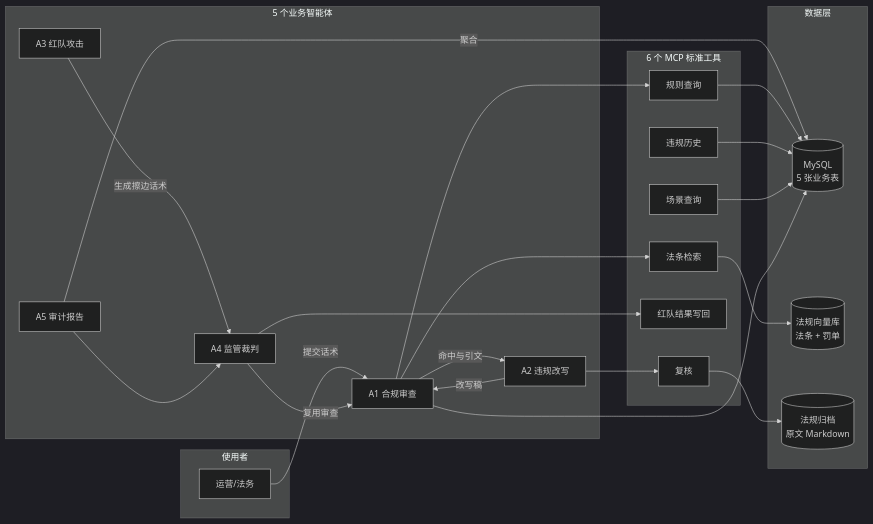
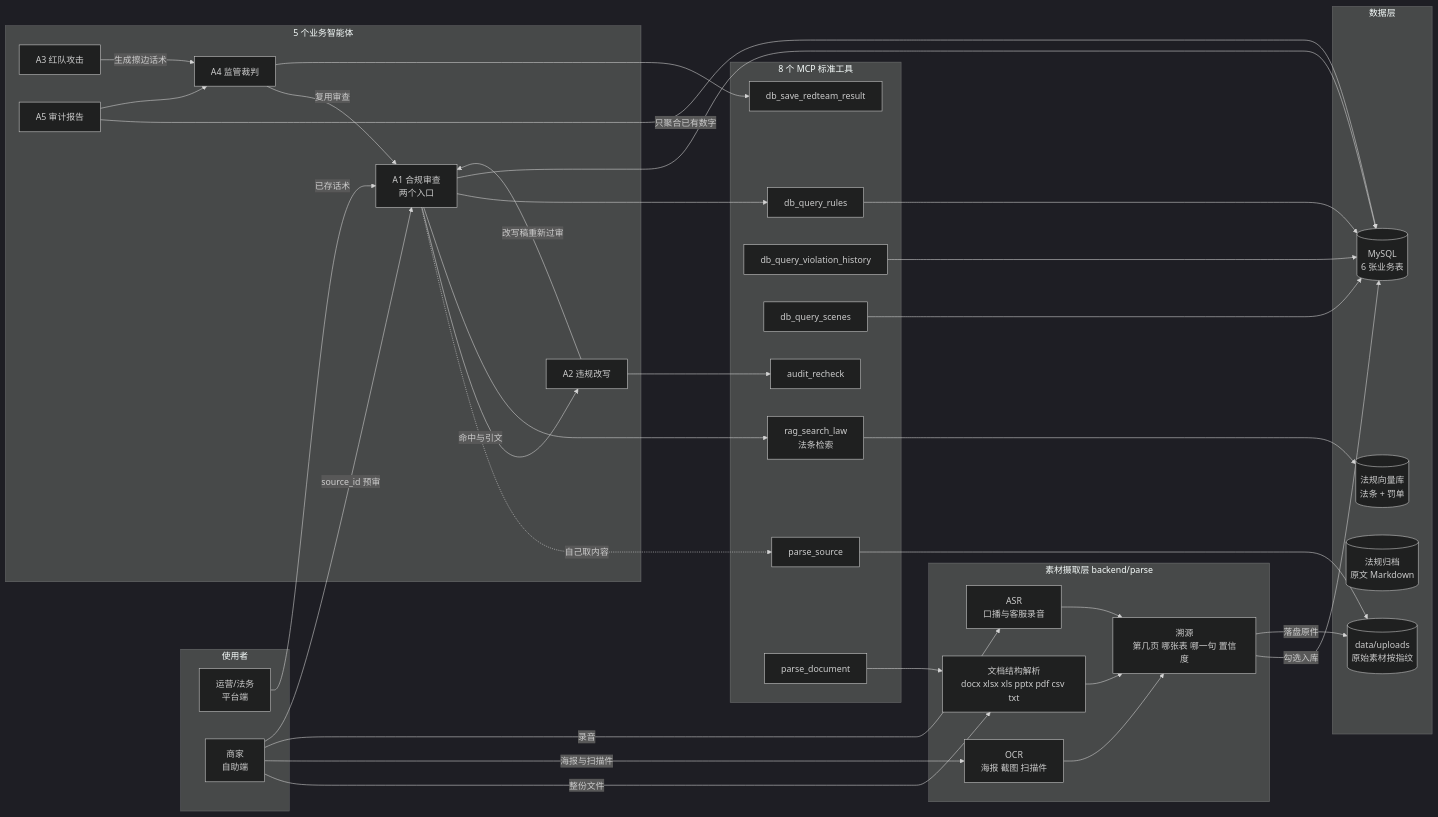
The diagram in docs/flows/README.md (TS-DE/ComplianceGuard), drawn with Mermaid (dark theme) before and after one commit. The commit also changed other lines of this file and 13 other files, not shown here.

First line of the commit message:
docs(flows): 总览图重画并对齐代码，尺寸表改为实测

````diff
--- a/docs/flows/README.md
+++ b/docs/flows/README.md
@@ -11,47 +11,69 @@
 ```mermaid
 flowchart LR
-    subgraph User["使用者"]
-        U1[运营/法务]
+    subgraph People["使用者"]
+        U1[运营/法务<br/>平台端]
+        U2[商家<br/>自助端]
+    end
+
+    subgraph Ingest["素材摄取层 backend/parse"]
+        P1[文档结构解析<br/>docx xlsx xls pptx pdf csv txt]
+        P2[OCR<br/>海报 截图 扫描件]
+        P3[ASR<br/>口播与客服录音]
+        P4[溯源<br/>第几页 哪张表 哪一句 置信度]
     end
 
     subgraph Agents["5 个业务智能体"]
-        A1[A1 合规审查]
+        A1[A1 合规审查<br/>两个入口]
         A2[A2 违规改写]
         A3[A3 红队攻击]
         A4[A4 监管裁判]
         A5[A5 审计报告]
     end
 
-    subgraph Tools["6 个 MCP 标准工具"]
-        T1[法条检索]
-        T2[规则查询]
-        T3[违规历史]
-        T4[场景查询]
-        T5[红队结果写回]
-        T6[复核]
+    subgraph Tools["8 个 MCP 标准工具"]
+        T1[rag_search_law<br/>法条检索]
+        T2[db_query_rules]
+        T3[db_query_violation_history]
+        T4[db_query_scenes]
+        T5[db_save_redteam_result]
+        T6[audit_recheck]
+        T7[parse_source]
+        T8[parse_document]
     end
 
     subgraph Data["数据层"]
-        D1[(MySQL<br/>5 张业务表)]
+        D1[(MySQL<br/>6 张业务表)]
         D2[(法规向量库<br/>法条 + 罚单)]
         D3[(法规归档<br/>原文 Markdown)]
+        D4[(data/uploads<br/>原始素材按指纹)]
     end
 
-    U1 -->|提交话术| A1
+    U2 -->|整份文件| P1
+    U2 -->|海报与扫描件| P2
+    U2 -->|录音| P3
+    P1 --> P4
+    P2 --> P4
+    P3 --> P4
+    P4 -->|勾选入库| D1
+    P4 -->|落盘原件| D4
+    U1 -->|已存话术| A1
+    U2 -->|source_id 预审| A1
+    A1 -.->|自己取内容| T7
+    T7 --> D4
+    T8 --> P1
     A1 -->|命中与引文| A2
-    A2 -->|改写稿| A1
+    A2 -->|改写稿重新过审| A1
     A1 --> T1
     A1 --> T2
     A2 --> T6
     A3 -->|生成擦边话术| A4
     A4 -->|复用审查| A1
     A4 --> T5
-    A5 -->|聚合| D1
+    A5 -->|只聚合已有数字| D1
     A5 --> A4
     T1 --> D2
     T2 --> D1
     T3 --> D1
     T4 --> D1
-    T6 --> D3
     A1 --> D1
 ```
````
